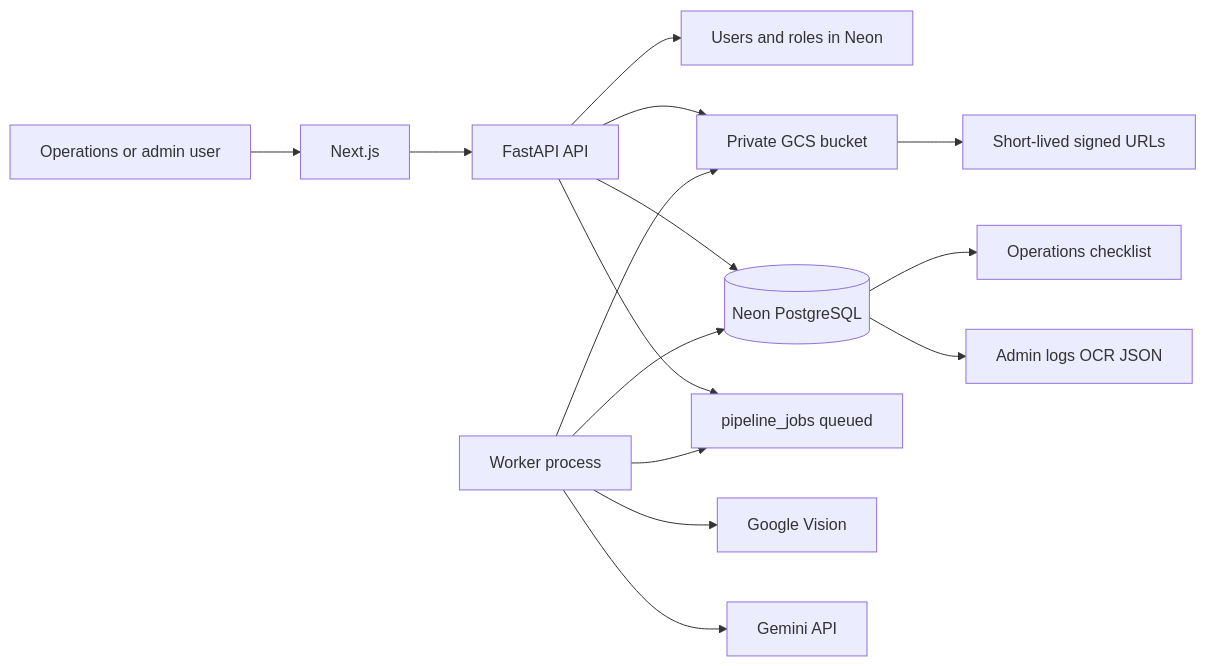
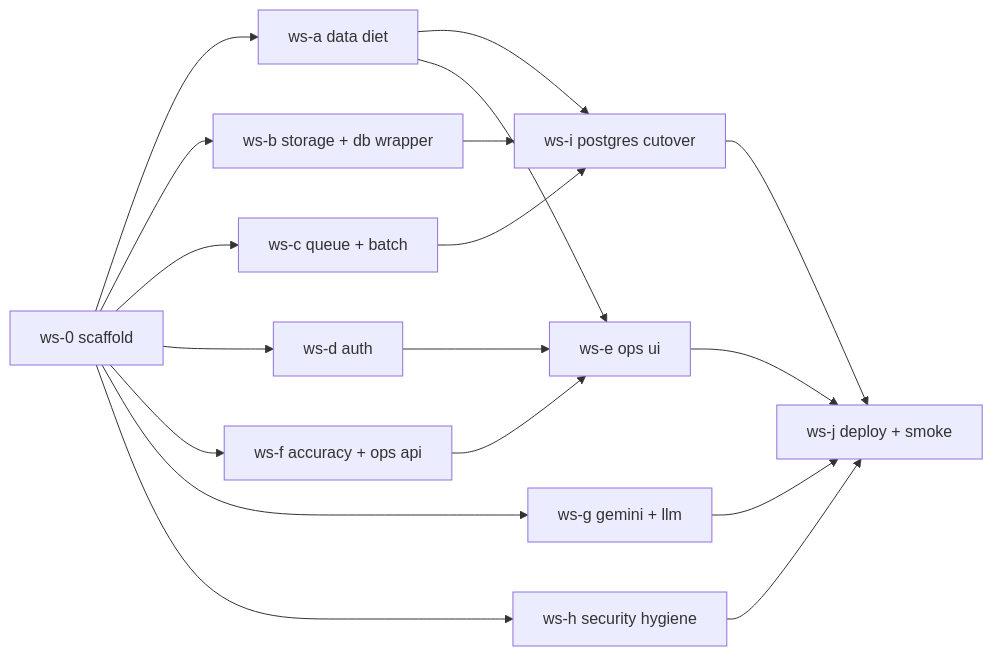
One commit to UddhavB17/document-validation-mvp changed the diagram in docs/PRODUCTION_NEXT_PHASE.md. Above: the diagram before and after it, drawn with Mermaid. The commit also changed other lines of this file and 14 other files, not shown here.

````diff
--- a/docs/PRODUCTION_NEXT_PHASE.md
+++ b/docs/PRODUCTION_NEXT_PHASE.md
@@ -85,17 +132,20 @@
 ```mermaid
 flowchart LR
-    U[Operations or admin user] --> UI[Next.js]
-    UI --> API[FastAPI API]
-    API --> Auth[Users and roles in Neon]
-    API --> GCS[Private GCS bucket]
-    API --> Neon[(Neon PostgreSQL)]
-    API --> Jobs[pipeline_jobs queued]
-    Worker[Worker process] --> Jobs
-    Worker --> GCS
-    Worker --> Neon
-    Worker --> Vision[Google Vision]
-    Worker --> Gemini[Gemini API]
-    Neon --> Ops[Operations checklist]
-    Neon --> Admin[Admin logs OCR JSON]
-    GCS --> Signed[Short-lived signed URLs]
+  W0[ws-0 scaffold] --> A[ws-a data diet]
+  W0 --> B[ws-b storage + db wrapper]
+  W0 --> C[ws-c queue + batch]
+  W0 --> D[ws-d auth]
+  W0 --> F[ws-f accuracy + ops api]
+  W0 --> G[ws-g gemini + llm]
+  W0 --> H[ws-h security hygiene]
+  A --> I[ws-i postgres cutover]
+  B --> I
+  C --> I
+  D --> E[ws-e ops ui]
+  F --> E
+  A --> E
+  I --> J[ws-j deploy + smoke]
+  E --> J
+  G --> J
+  H --> J
 ```
````
